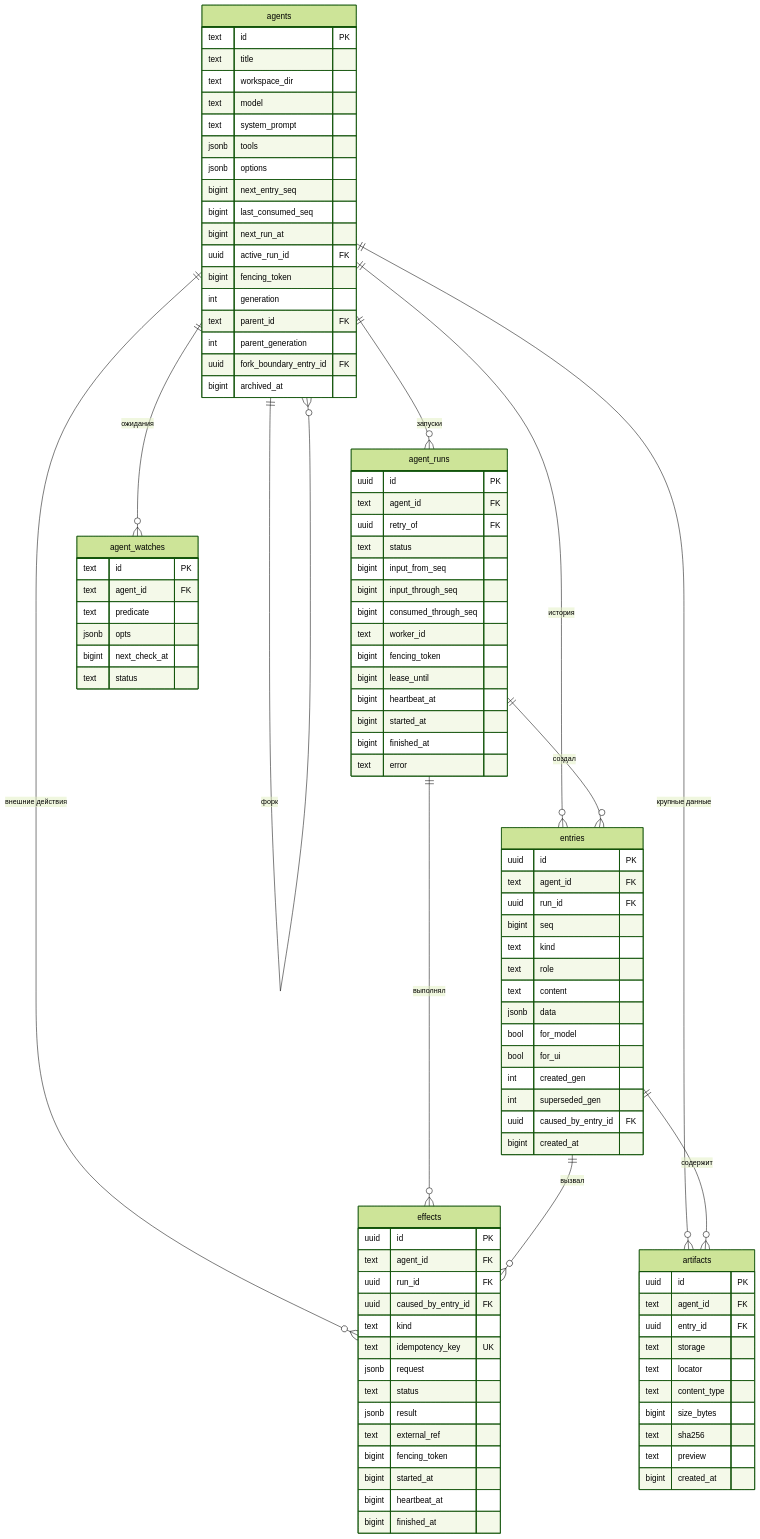
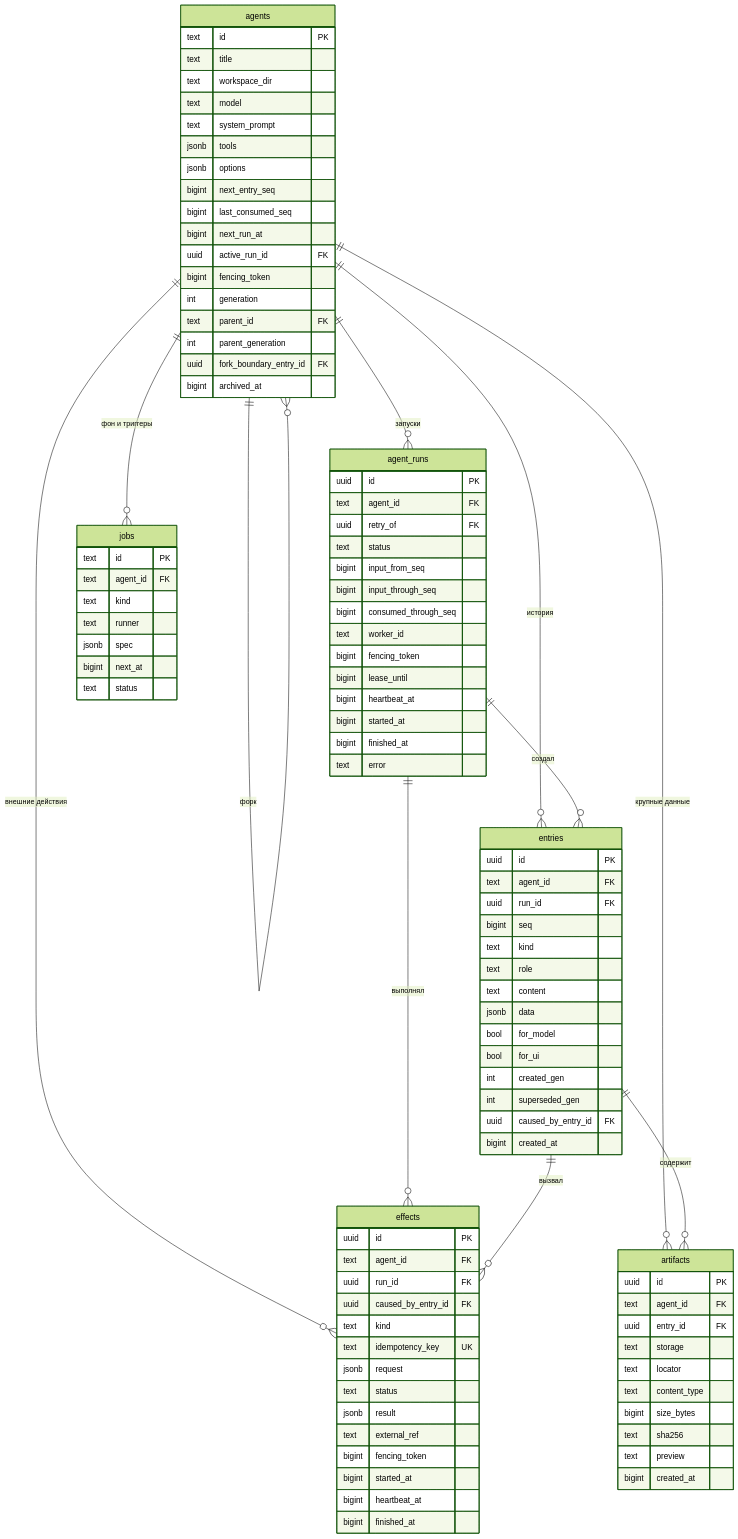
The diagram in docs/schema.md (RomanPogorov/hyper-speca), drawn with Mermaid (forest theme) before and after one commit. The commit also changed other lines of this file and 7 other files, not shown here.

Commit message:
docs: jobs — one page for background commands, timers and triggers; old trigger/watch docs and schema notes point to jobs; release notes

```diff
--- a/docs/schema.md
+++ b/docs/schema.md
@@ -272,12 +271,13 @@
         text preview
         bigint created_at
     }
-    agent_watches {
+    jobs {
         text id PK
         text agent_id FK
-        text predicate
-        jsonb opts
-        bigint next_check_at
+        text kind
+        text runner
+        jsonb spec
+        bigint next_at
         text status
     }
 
@@ -285,7 +285,7 @@
     agents ||--o{ entries : "история"
     agents ||--o{ effects : "внешние действия"
     agents ||--o{ artifacts : "крупные данные"
-    agents ||--o{ agent_watches : "ожидания"
+    agents ||--o{ jobs : "фон и триггеры"
     agents ||--o{ agents : "форк"
     agent_runs ||--o{ entries : "создал"
     agent_runs ||--o{ effects : "выполнял"
```
